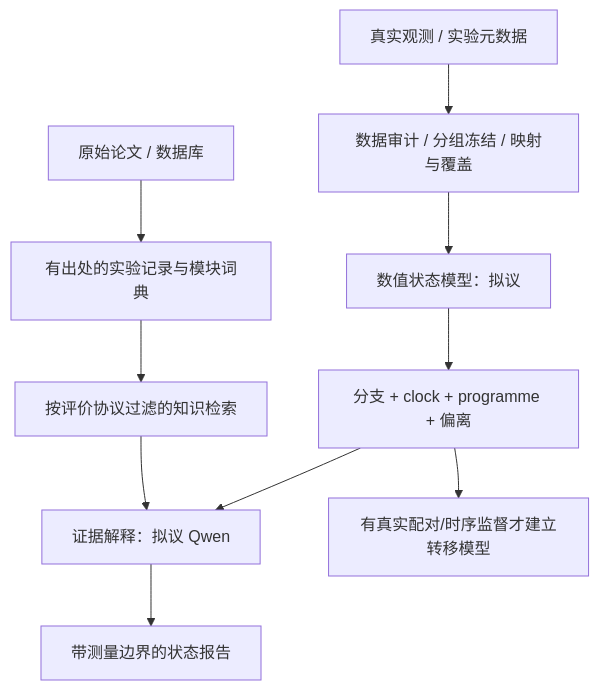
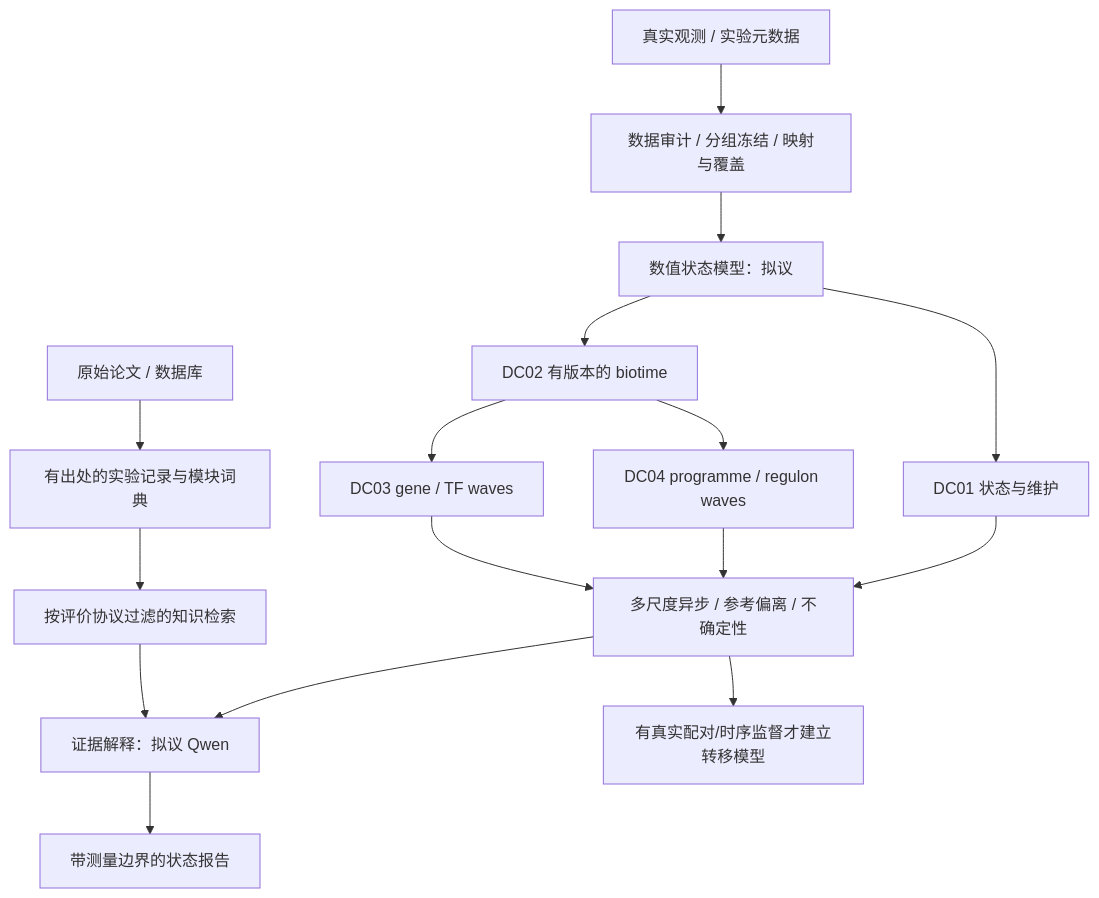
One commit to wangherm/VirtualDiapauseCell changed the diagram in docs/ARCHITECTURE_CN.md. Above: the diagram before and after it, drawn with Mermaid. The commit also changed other lines of this file and 10 other files, not shown here.

Commit message:
Prioritize biotime, gene waves and programme dynamics in core tasks

````diff
--- a/docs/ARCHITECTURE_CN.md
+++ b/docs/ARCHITECTURE_CN.md
@@ -5,12 +9,18 @@
 ```mermaid
 flowchart TD
   P[原始论文 / 数据库] --> K[有出处的实验记录与模块词典]
   D[真实观测 / 实验元数据] --> A[数据审计 / 分组冻结 / 映射与覆盖]
   K --> R[按评价协议过滤的知识检索]
   A --> N[数值状态模型：拟议]
-  N --> S[分支 + clock + programme + 偏离]
+  N --> C[DC02 有版本的 biotime]
+  N --> H[DC01 状态与维护]
+  C --> W[DC03 gene / TF waves]
+  C --> F[DC04 programme / regulon waves]
+  H --> S[多尺度异步 / 参考偏离 / 不确定性]
+  W --> S
+  F --> S
   S --> E[证据解释：拟议 Qwen]
   R --> E
   S --> T[有真实配对/时序监督才建立转移模型]
   E --> O[带测量边界的状态报告]
 ```
````
